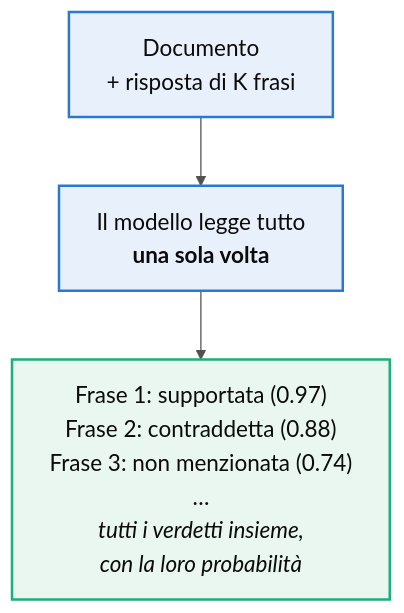
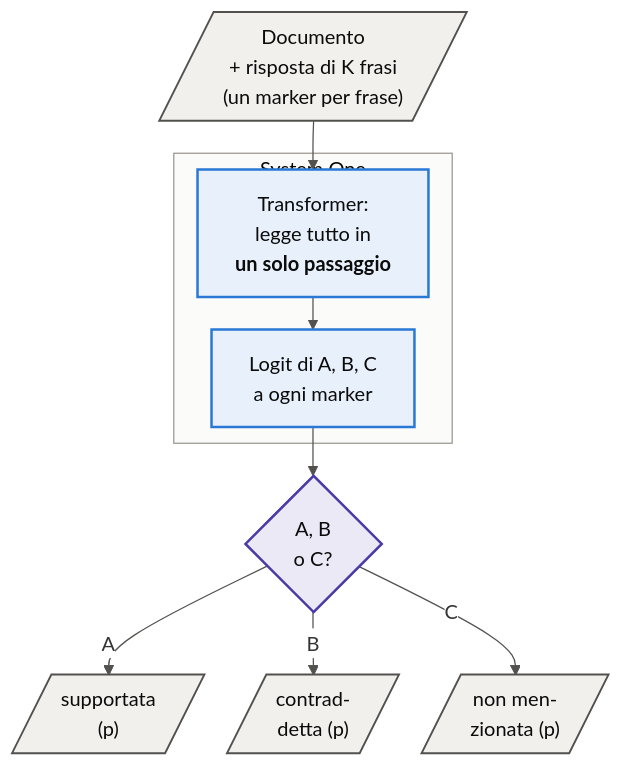
Before and after one commit to frankydedo/GroundOne: the diagram in Thesis_ita/images/diagrams/system_one.mmd, drawn with Mermaid. The commit also changed 10 other files, not shown here.

Commit message:
Thesis_ita Ch. 1: System One vs LLM figure redrawn in TikZ (decisions in diamonds, I/O parallelograms, model components vs post-processing, autoregressive loop in red); mermaid sources kept

```diff
--- a/Thesis_ita/images/diagrams/system_one.mmd
+++ b/Thesis_ita/images/diagrams/system_one.mmd
@@ -1,8 +1,19 @@
-%%{init: {'theme':'base','flowchart':{'wrappingWidth':340,'nodeSpacing':40,'rankSpacing':55},'themeVariables':{'fontFamily':'Helvetica','fontSize':'18px','lineColor':'#52514e','edgeLabelBackground':'#ffffff'}}}%%
+%%{init: {'theme':'base','flowchart':{'wrappingWidth':300,'nodeSpacing':18,'rankSpacing':26,'diagramPadding':4},'themeVariables':{'fontFamily':'Helvetica','fontSize':'16px','lineColor':'#52514e','edgeLabelBackground':'#ffffff','clusterBkg':'#fbfbfa','clusterBorder':'#9a9890'}}}%%
 flowchart TB
-    A["Documento<br/>+ risposta di K frasi"] --> B["Il modello legge tutto<br/><b>una sola volta</b>"]
-    B --> C["Frase 1: supportata (0.97)<br/>Frase 2: contraddetta (0.88)<br/>Frase 3: non menzionata (0.74)<br/>…<br/><i>tutti i verdetti insieme,<br/>con la loro probabilità</i>"]
-    classDef read fill:#e8f1fb,stroke:#2a78d6,stroke-width:2px,color:#0b0b0b
-    classDef out fill:#eaf7f1,stroke:#1baf7a,stroke-width:2px,color:#0b0b0b
-    class A,B read
-    class C out
+    IN[/"Documento<br/>+ risposta di K frasi<br/>(un marker per frase)"/]
+    subgraph M["System One"]
+        T["Transformer:<br/>legge tutto in<br/><b>un solo passaggio</b>"]
+        R["Logit di A, B, C<br/>a ogni marker"]
+        T --> R
+    end
+    IN --> T
+    R --> D{"A, B<br/>o C?"}
+    D -- A --> O1[/"supportata<br/>(p)"/]
+    D -- B --> O2[/"contrad-<br/>detta (p)"/]
+    D -- C --> O3[/"non men-<br/>zionata (p)"/]
+    classDef io fill:#f1f0ec,stroke:#52514e,stroke-width:1.5px,color:#0b0b0b
+    classDef model fill:#e8f1fb,stroke:#2a78d6,stroke-width:2px,color:#0b0b0b
+    classDef decision fill:#ece9f7,stroke:#4a3aa7,stroke-width:2px,color:#0b0b0b
+    class IN,O1,O2,O3 io
+    class T,R model
+    class D decision
```
